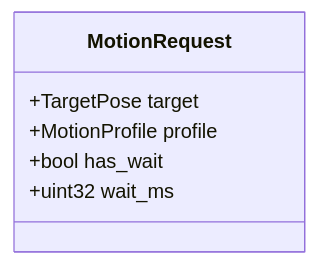
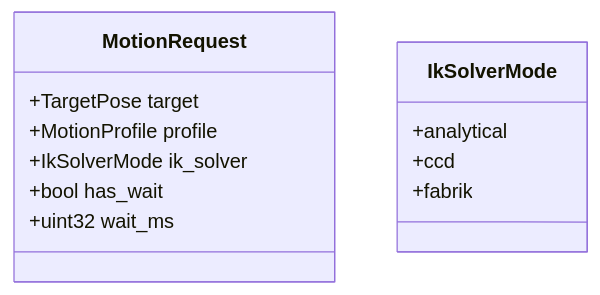
Before and after one commit to butz1999/inverse_kinematik: the fourth of 13 diagrams in doc/sw/software.md, drawn with Mermaid. The commit also changed other lines of this file and 20 other files, not shown here.

````diff
--- a/doc/sw/software.md
+++ b/doc/sw/software.md
@@ -400,9 +408,16 @@
 ```mermaid
 classDiagram
     class MotionRequest {
         +TargetPose target
         +MotionProfile profile
+        +IkSolverMode ik_solver
         +bool has_wait
         +uint32 wait_ms
     }
+
+    class IkSolverMode {
+        +analytical
+        +ccd
+        +fabrik
+    }
 ```
````
